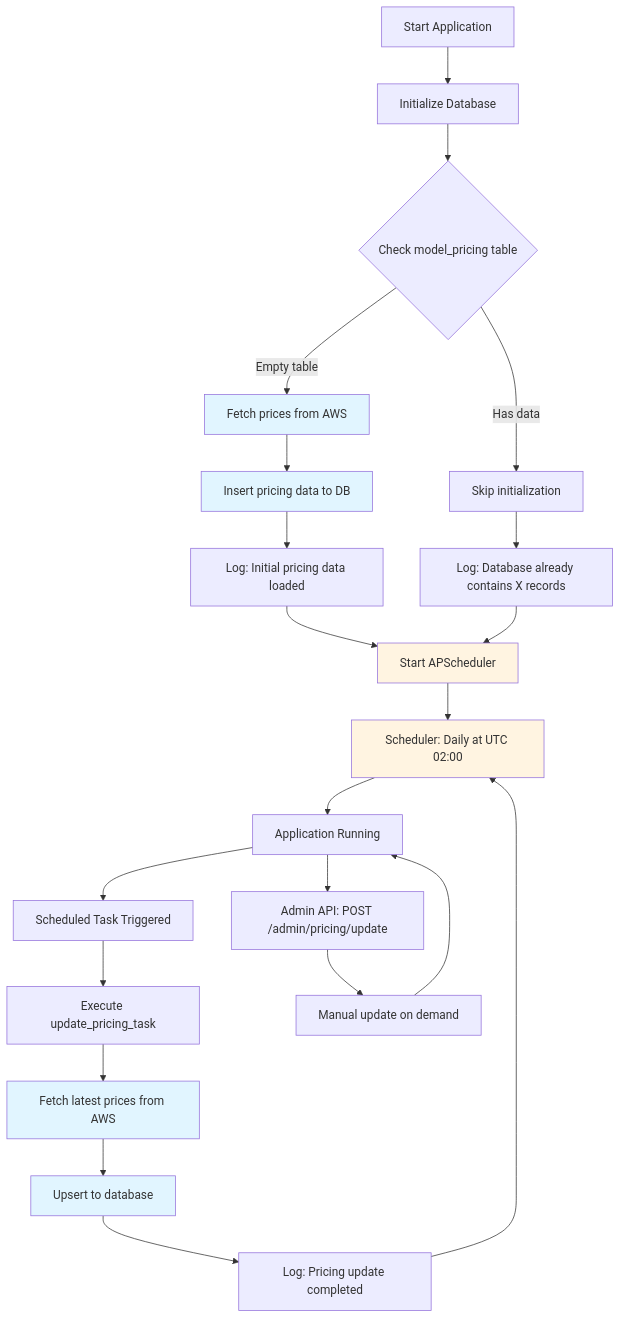
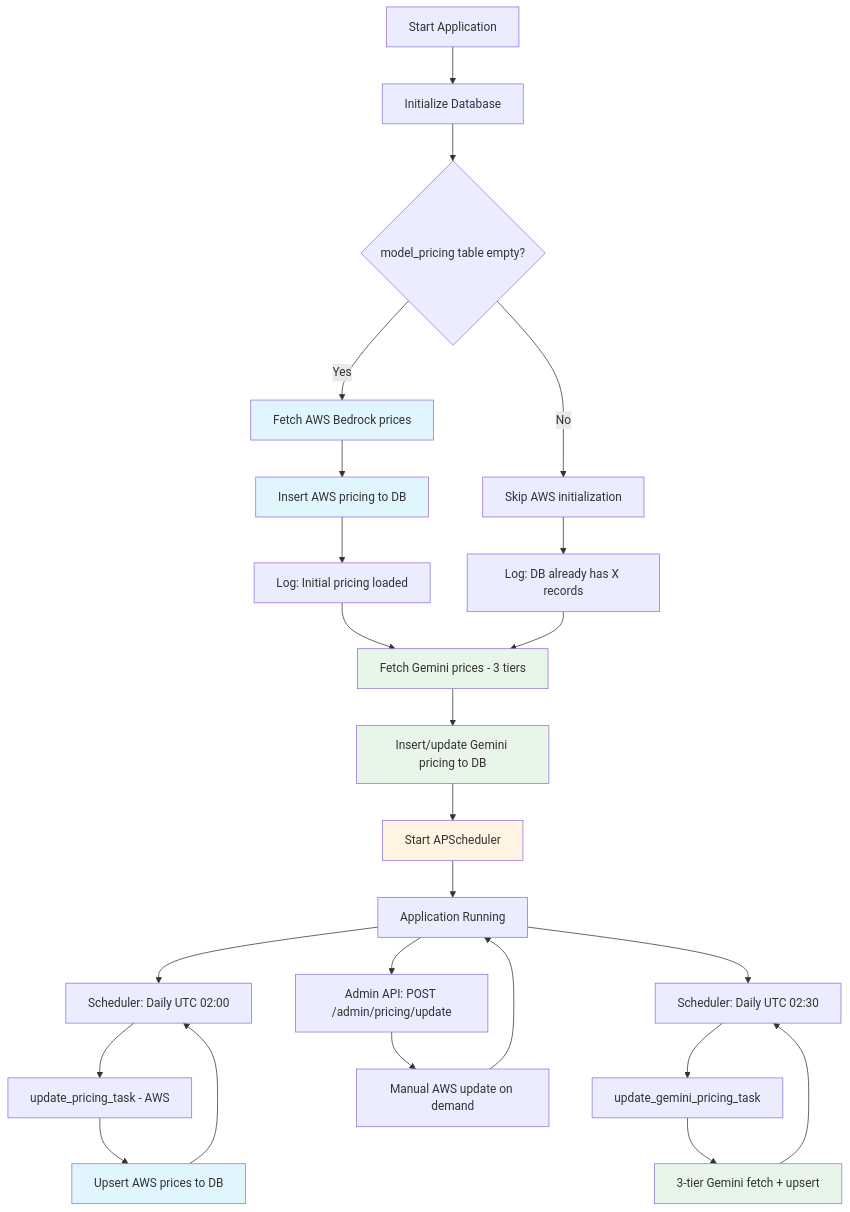
The diagram in docs/pricing-system.md (aws-samples/sample-kolya-br-proxy), drawn with Mermaid before and after one commit. The commit also changed other lines of this file and 11 other files, not shown here.

````diff
--- a/docs/pricing-system.md
+++ b/docs/pricing-system.md
@@ -91,30 +161,37 @@
 ```mermaid
 flowchart TD
     A[Start Application] --> B[Initialize Database]
-    B --> C{Check model_pricing table}
-    C -->|Empty table| D[Fetch prices from AWS]
-    C -->|Has data| E[Skip initialization]
-    D --> F[Insert pricing data to DB]
-    F --> G[Log: Initial pricing data loaded]
-    E --> H[Log: Database already contains X records]
-    G --> I[Start APScheduler]
-    H --> I
-    I --> J[Scheduler: Daily at UTC 02:00]
+    B --> C{model_pricing table empty?}
+    C -->|Yes| D[Fetch AWS Bedrock prices]
+    C -->|No| E[Skip AWS initialization]
+    D --> F[Insert AWS pricing to DB]
+    F --> G[Log: Initial pricing loaded]
+    E --> H[Log: DB already has X records]
+    G --> Init2[Fetch Gemini prices - 3 tiers]
+    H --> Init2
+    Init2 --> I[Insert/update Gemini pricing to DB]
+    I --> J[Start APScheduler]
     J --> K[Application Running]
-    K --> L[Scheduled Task Triggered]
-    L --> M[Execute update_pricing_task]
-    M --> N[Fetch latest prices from AWS]
-    N --> O[Upsert to database]
-    O --> P[Log: Pricing update completed]
-    P --> J
+
+    K --> L1[Scheduler: Daily UTC 02:00]
+    L1 --> M1[update_pricing_task - AWS]
+    M1 --> N1[Upsert AWS prices to DB]
+    N1 --> L1
+
+    K --> L2[Scheduler: Daily UTC 02:30]
+    L2 --> M2[update_gemini_pricing_task]
+    M2 --> N2[3-tier Gemini fetch + upsert]
+    N2 --> L2
+
     K --> Q[Admin API: POST /admin/pricing/update]
-    Q --> R[Manual update on demand]
+    Q --> R[Manual AWS update on demand]
     R --> K
 
     style D fill:#e1f5ff
     style F fill:#e1f5ff
-    style N fill:#e1f5ff
-    style O fill:#e1f5ff
-    style I fill:#fff4e1
+    style Init2 fill:#e8f5e9
+    style I fill:#e8f5e9
+    style N1 fill:#e1f5ff
+    style N2 fill:#e8f5e9
     style J fill:#fff4e1
 ```
````
